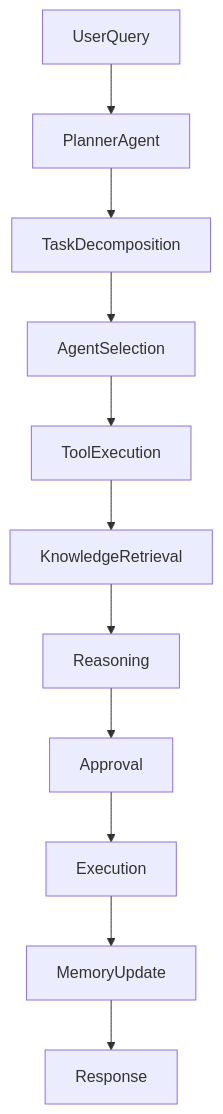
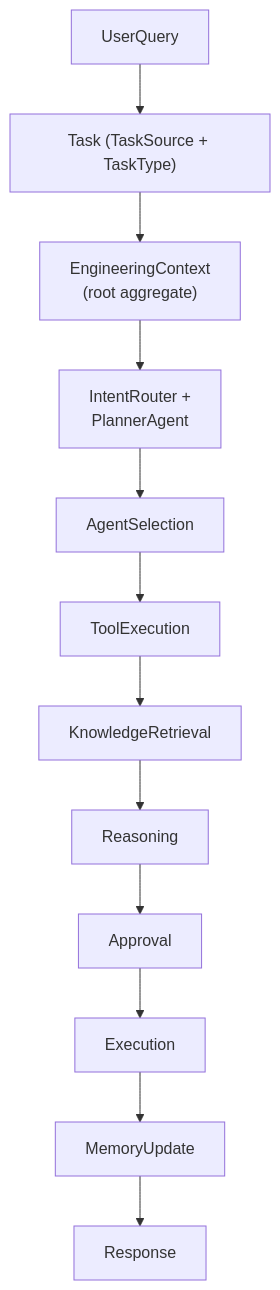
Before and after one commit to ka25van/Ageis-AI: the second of 5 diagrams in ABOUT.md, drawn with Mermaid. The commit also changed other lines of this file and 38 other files, not shown here.

````diff
--- a/ABOUT.md
+++ b/ABOUT.md
@@ -117,45 +117,51 @@
 ```mermaid
 flowchart TD
 
 UserQuery
 
 -->
 
-PlannerAgent
+Task["Task (TaskSource + TaskType)"]
 
 -->
 
-TaskDecomposition
+EngineeringContext["EngineeringContext
+(root aggregate)"]
+
+-->
+
+PlannerAgent["IntentRouter +
+PlannerAgent"]
 
 -->
 
 AgentSelection
 
 -->
 
 ToolExecution
 
 -->
 
 KnowledgeRetrieval
 
 -->
 
 Reasoning
 
 -->
 
 Approval
 
 -->
 
 Execution
 
 -->
 
 MemoryUpdate
 
 -->
 
 Response
 ```
````
